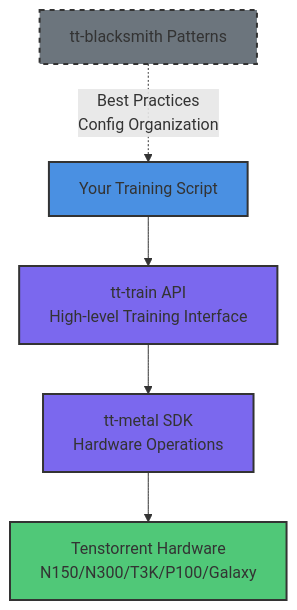
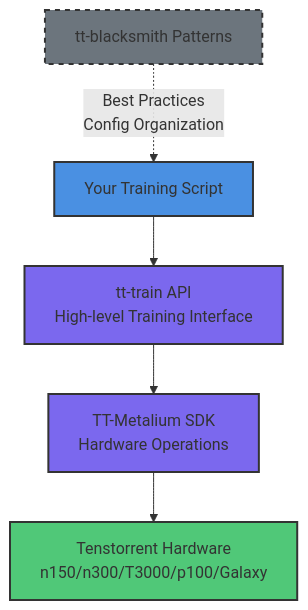
The first of 2 diagrams in content/lessons/ct1-understanding-training.md (tenstorrent/tt-vscode-toolkit), drawn with Mermaid before and after one commit. The commit also changed other lines of this file and 139 other files, not shown here.

````diff
--- a/content/lessons/ct1-understanding-training.md
+++ b/content/lessons/ct1-understanding-training.md
@@ -121,14 +121,14 @@
 ```mermaid
 graph TD
     A[Your Training Script] --> B[tt-train API<br/>High-level Training Interface]
-    B --> C[tt-metal SDK<br/>Hardware Operations]
-    C --> D[Tenstorrent Hardware<br/>N150/N300/T3K/P100/Galaxy]
+    B --> C[TT-Metalium SDK<br/>Hardware Operations]
+    C --> D[Tenstorrent Hardware<br/>n150/n300/T3000/p100/Galaxy]
 
     E[tt-blacksmith Patterns] -.->|Best Practices<br/>Config Organization| A
 
     style A fill:#4A90E2,stroke:#333,stroke-width:2px
     style B fill:#7B68EE,stroke:#333,stroke-width:2px
     style C fill:#7B68EE,stroke:#333,stroke-width:2px
     style D fill:#50C878,stroke:#333,stroke-width:2px
     style E fill:#6C757D,stroke:#333,stroke-width:2px,stroke-dasharray: 5 5
 ```
````
